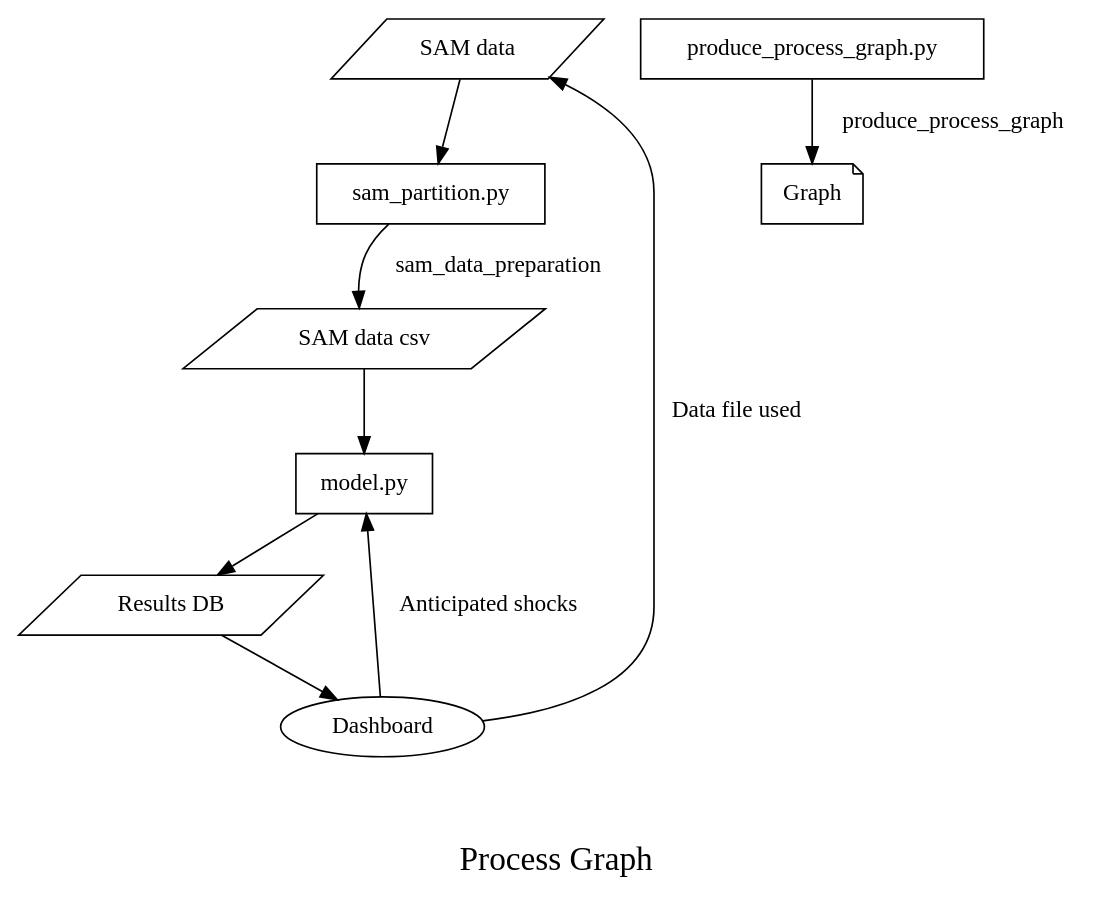
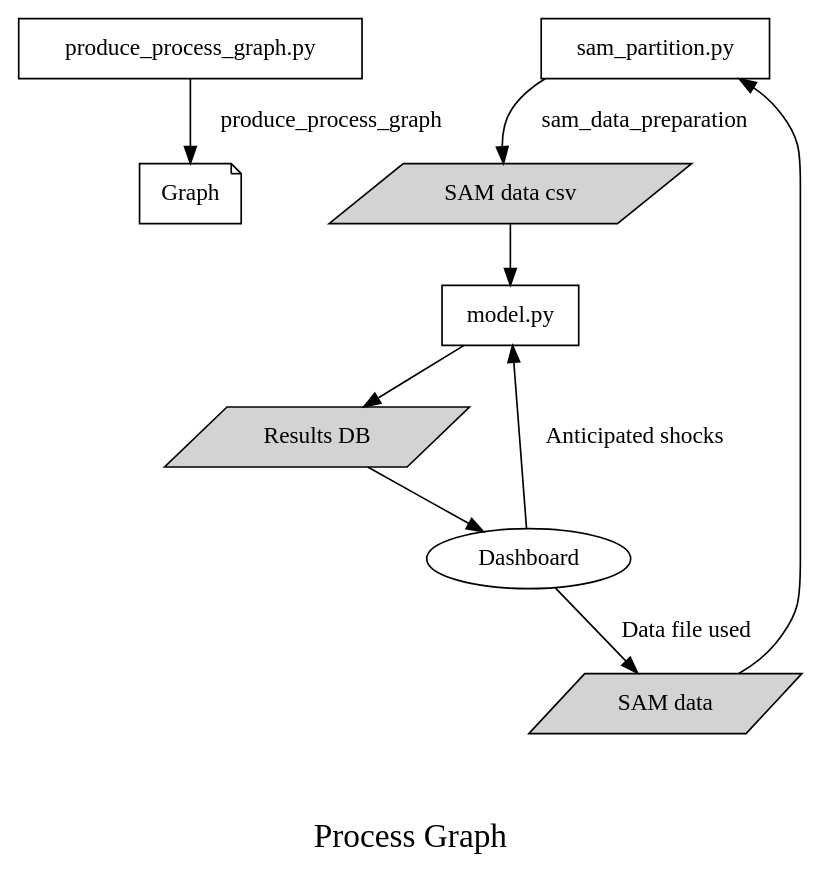
The diagram in Process Graph.gv (konradarchicinski/cge_model_python), drawn with Graphviz before and after one commit. The commit also changed 6 other files, not shown here.

Commit message:
Adding new SAM data.

```diff
--- a/Process Graph.gv
+++ b/Process Graph.gv
@@ -1,24 +1,24 @@
 digraph PROCESS {
-	node [shape=parallelogram]
-	"SAM data"
-	"SAM data csv"
-	"Results DB"
 	node [shape=box]
 	"produce_process_graph.py"
 	"sam_partition.py"
 	"model.py"
 	node [shape=oval]
 	Dashboard
 	node [shape=note]
 	"Graph"
+	node [shape=parallelogram style=filled]
+	"SAM data"
+	"SAM data csv"
+	"Results DB"
 	Dashboard -> "SAM data" [label="Data file used" len=4.00]
 	"SAM data" -> "sam_partition.py" [len=2.00]
 	"sam_partition.py" -> "SAM data csv" [label=sam_data_preparation len=4.00]
 	"SAM data csv" -> "model.py" [len=2.00]
 	Dashboard -> "model.py" [label="Anticipated shocks" len=4.00]
 	"model.py" -> "Results DB" [len=2.00]
 	"Results DB" -> Dashboard [len=2.00]
 	"produce_process_graph.py" -> "Graph" [label=produce_process_graph len=3.00]
 	label="\n\nProcess Graph"
 	fontsize=20
 }
```
